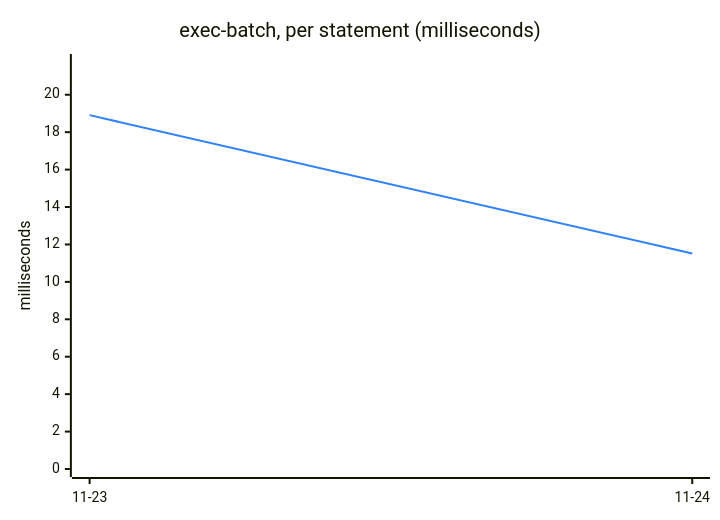
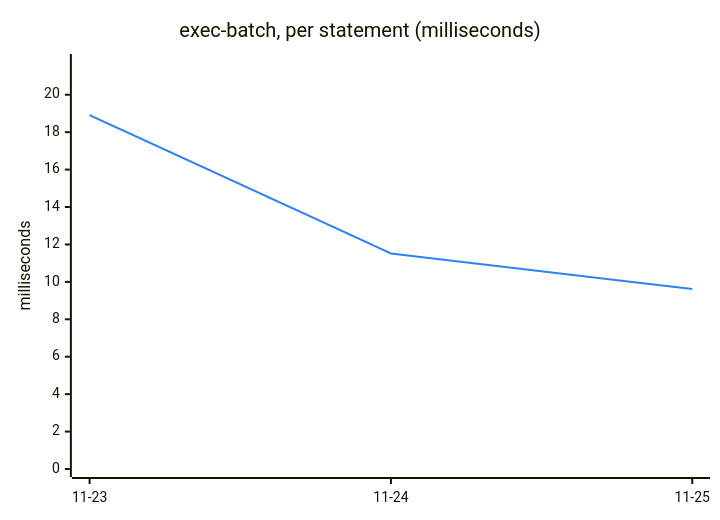
Before and after one commit to engalar/mxcli: the fifth of 6 diagrams in TREND.md, drawn with Mermaid. The commit also changed other lines of this file and 2 other files, not shown here.

````diff
--- a/TREND.md
+++ b/TREND.md
@@ -111,13 +111,13 @@
 ```mermaid
 ---
 config:
   themeVariables:
     xyChart:
       plotColorPalette: "#2f81f7"
 ---
 xychart-beta
     title "exec-batch, per statement (milliseconds)"
-    x-axis ["11-23", "11-24"]
+    x-axis ["11-23", "11-24", "11-25"]
     y-axis "milliseconds" 0 --> 21.75
-    line [18.91, 11.52]
+    line [18.91, 11.52, 9.62]
 ```
````
